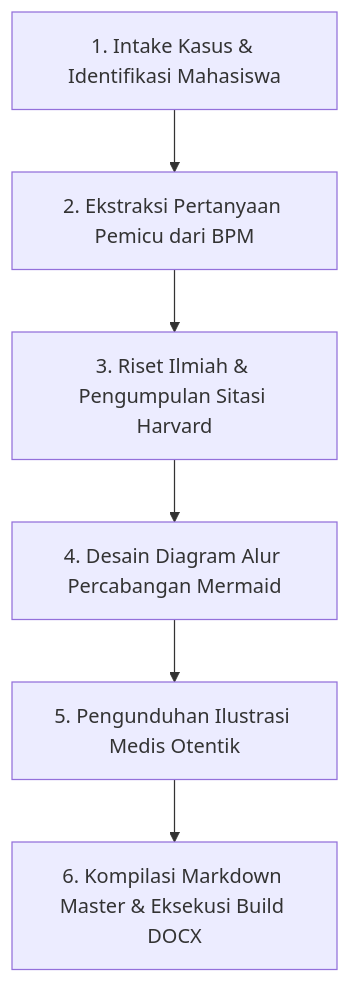
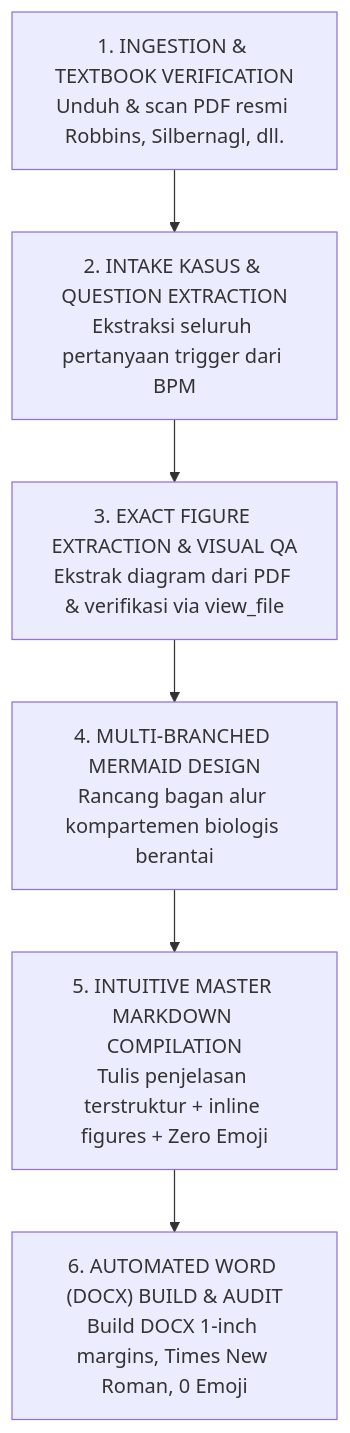
Before and after one commit to alchemist4real/logbook-3-1-skill: the diagram in skills/logbook-3-1/SKILL.md, drawn with Mermaid. The commit also changed other lines of this file and 1 other file, not shown here.

````diff
--- a/skills/logbook-3-1/SKILL.md
+++ b/skills/logbook-3-1/SKILL.md
@@ -46,8 +77,8 @@
 ```mermaid
 flowchart TD
-    A["1. Intake Kasus & Identifikasi Mahasiswa"] --> B["2. Ekstraksi Pertanyaan Pemicu dari BPM"]
-    B --> C["3. Riset Ilmiah & Pengumpulan Sitasi Harvard"]
-    C --> D["4. Desain Diagram Alur Percabangan Mermaid"]
-    D --> E["5. Pengunduhan Ilustrasi Medis Otentik"]
-    E --> F["6. Kompilasi Markdown Master & Eksekusi Build DOCX"]
+    A["1. INGESTION & TEXTBOOK VERIFICATION<br>Unduh & scan PDF resmi Robbins, Silbernagl, dll."] --> B["2. INTAKE KASUS & QUESTION EXTRACTION<br>Ekstraksi seluruh pertanyaan trigger dari BPM"]
+    B --> C["3. EXACT FIGURE EXTRACTION & VISUAL QA<br>Ekstrak diagram dari PDF & verifikasi via view_file"]
+    C --> D["4. MULTI-BRANCHED MERMAID DESIGN<br>Rancang bagan alur kompartemen biologis berantai"]
+    D --> E["5. INTUITIVE MASTER MARKDOWN COMPILATION<br>Tulis penjelasan terstruktur + inline figures + Zero Emoji"]
+    E --> F["6. AUTOMATED WORD (DOCX) BUILD & AUDIT<br>Build DOCX 1-inch margins, Times New Roman, 0 Emoji"]
 ```
````
